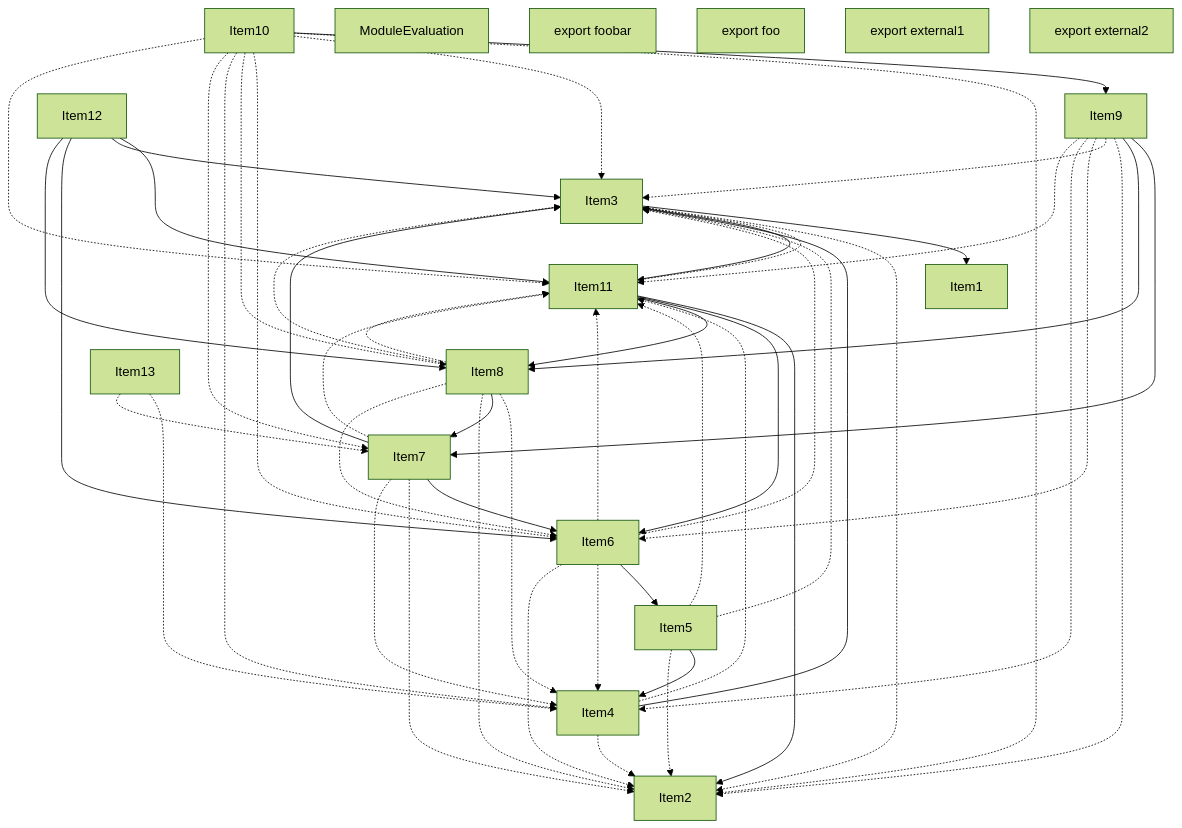
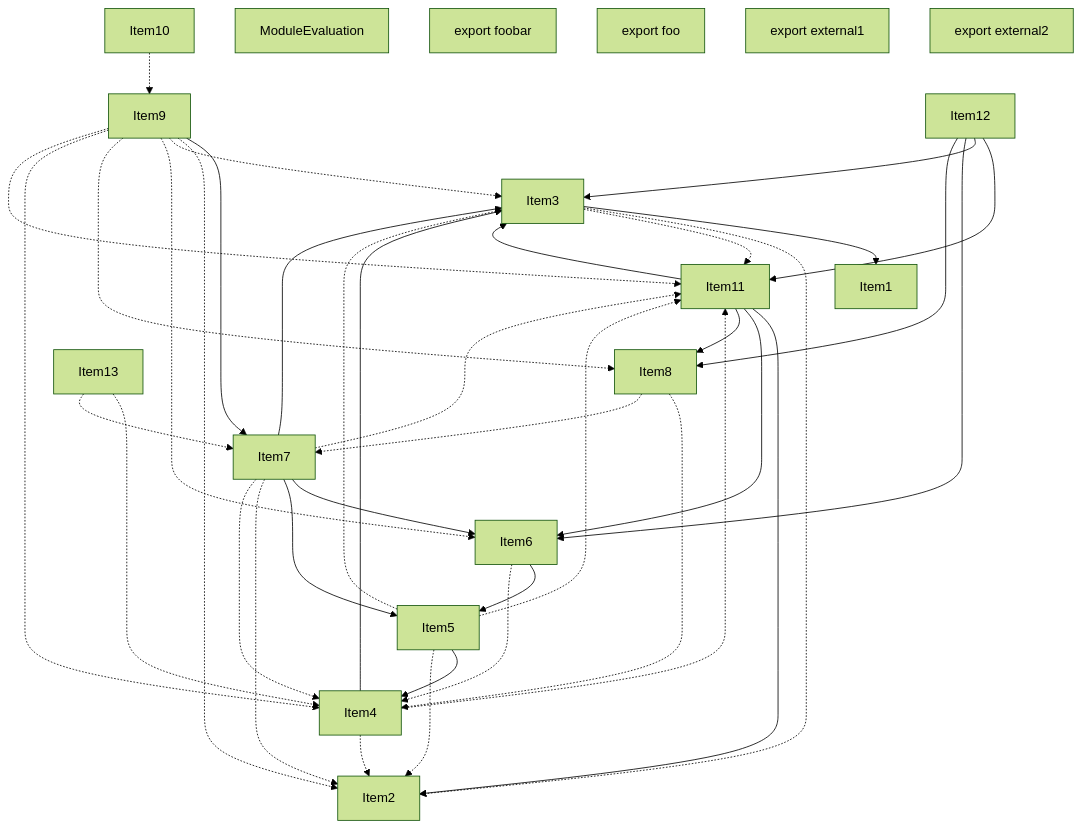
One commit to vercel/turborepo changed the third of 4 diagrams in crates/turbopack-ecmascript/tests/tree-shaker/analyzer/1/output.md. Above: the diagram before and after it, drawn with Mermaid (forest theme). The commit also changed other lines of this file and 2 other files, not shown here.

````diff
--- a/crates/turbopack-ecmascript/tests/tree-shaker/analyzer/1/output.md
+++ b/crates/turbopack-ecmascript/tests/tree-shaker/analyzer/1/output.md
@@ -239,77 +223,64 @@
 ```mermaid
 graph TD
     Item1;
     Item2;
     Item3;
     Item4;
     Item5;
     Item6;
     Item7;
     Item8;
     Item9;
     Item10;
     Item11;
     Item12;
     Item13;
     Item14;
     Item14["ModuleEvaluation"];
     Item15;
     Item15["export foobar"];
     Item16;
     Item16["export foo"];
     Item17;
     Item17["export external1"];
     Item18;
     Item18["export external2"];
     Item3 --> Item1;
     Item3 -.-> Item2;
     Item3 -.-> Item11;
     Item4 --> Item3;
     Item4 -.-> Item2;
     Item4 -.-> Item11;
     Item5 --> Item4;
     Item5 -.-> Item2;
     Item5 -.-> Item3;
     Item5 -.-> Item11;
     Item6 --> Item5;
     Item6 -.-> Item4;
-    Item6 -.-> Item2;
-    Item6 -.-> Item3;
-    Item6 -.-> Item11;
     Item7 --> Item3;
     Item7 --> Item6;
+    Item7 --> Item5;
     Item7 -.-> Item2;
     Item7 -.-> Item4;
     Item7 -.-> Item11;
     Item8 -.-> Item4;
-    Item8 --> Item7;
-    Item8 -.-> Item2;
-    Item8 -.-> Item3;
-    Item8 -.-> Item6;
-    Item8 -.-> Item11;
+    Item8 -.-> Item7;
     Item9 --> Item7;
-    Item9 --> Item8;
     Item9 -.-> Item2;
     Item9 -.-> Item3;
     Item9 -.-> Item6;
+    Item9 -.-> Item8;
     Item9 -.-> Item4;
     Item9 -.-> Item11;
-    Item10 --> Item9;
-    Item10 -.-> Item2;
-    Item10 -.-> Item3;
-    Item10 -.-> Item6;
-    Item10 -.-> Item8;
-    Item10 -.-> Item4;
-    Item10 -.-> Item7;
-    Item10 -.-> Item11;
+    Item10 -.-> Item9;
     Item11 --> Item2;
     Item11 --> Item3;
     Item11 --> Item6;
     Item11 --> Item8;
     Item12 --> Item11;
     Item12 --> Item3;
     Item12 --> Item6;
     Item12 --> Item8;
     Item13 -.-> Item4;
     Item13 -.-> Item7;
 ```
````
